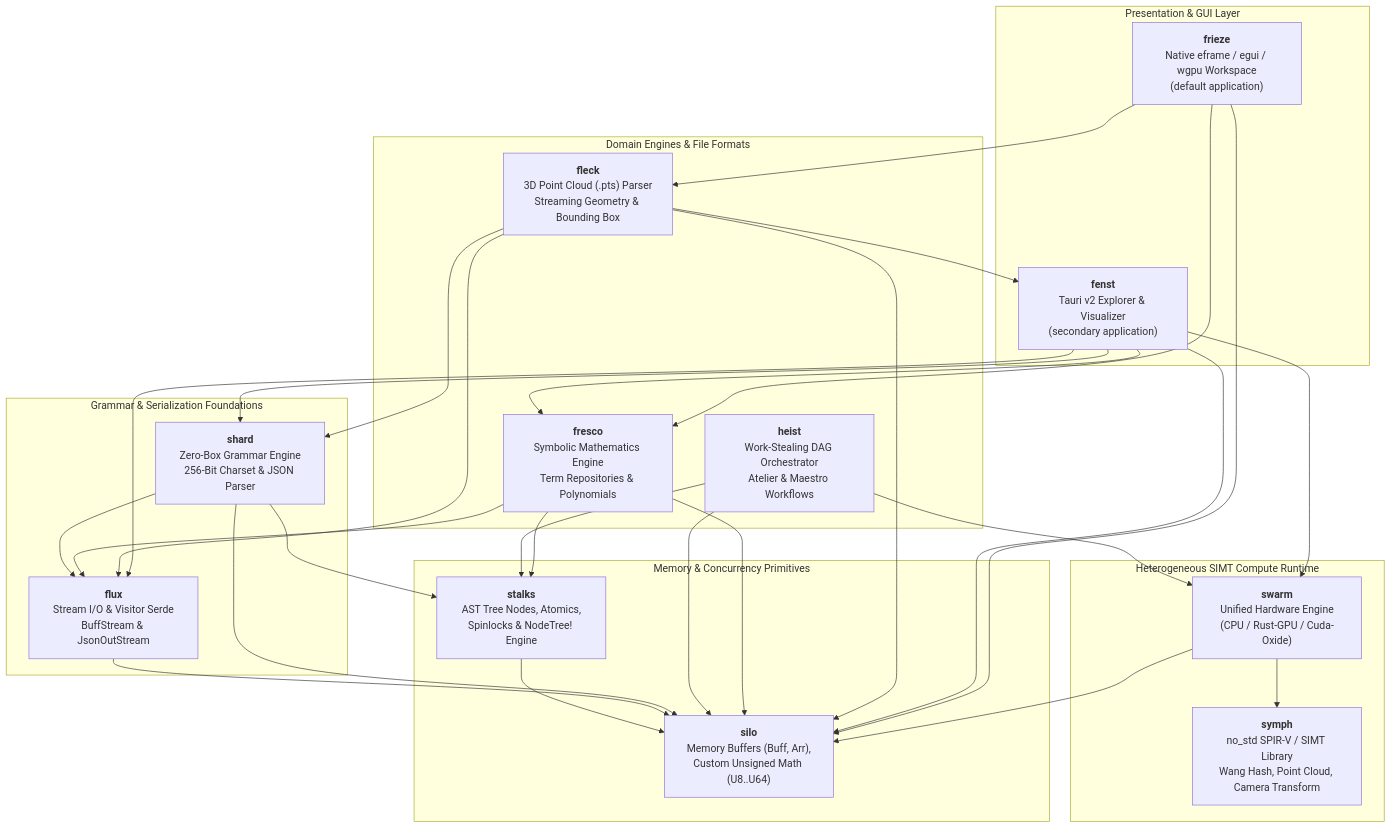
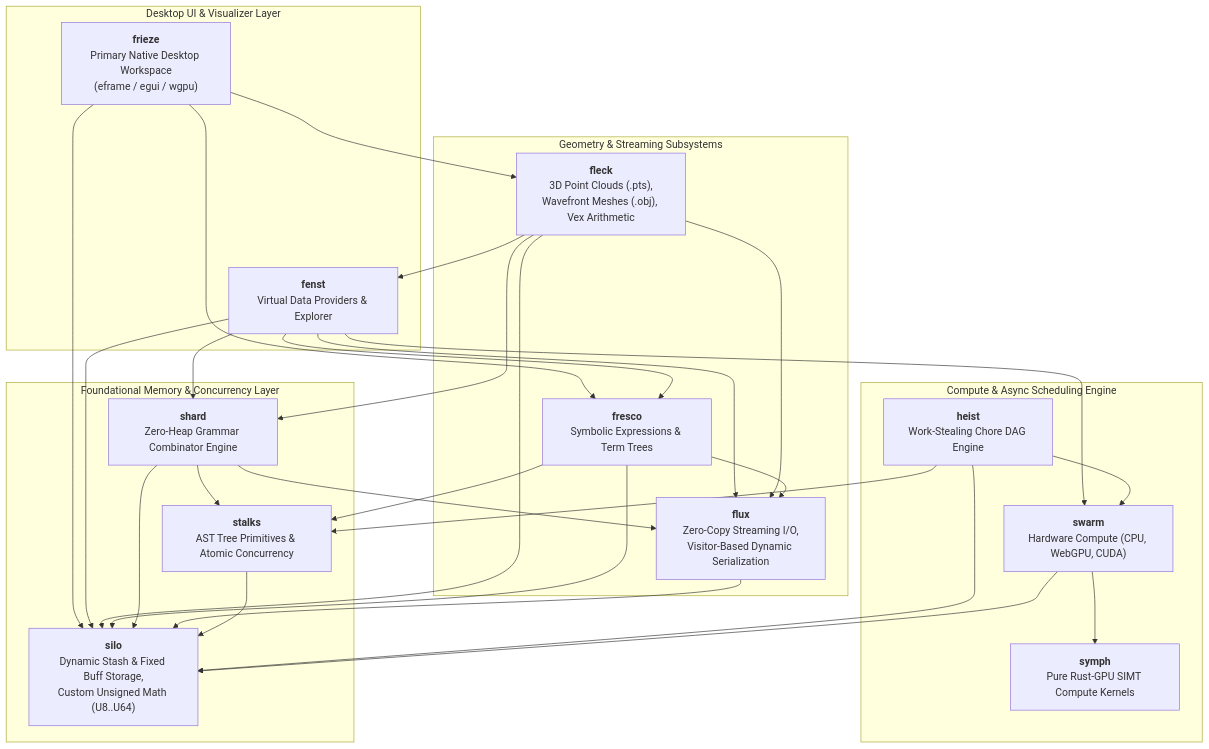
Before and after one commit to jswarup/Kosh: the diagram in README.md, drawn with Mermaid. The commit also changed other lines of this file and 39 other files, not shown here.

````diff
--- a/README.md
+++ b/README.md
@@ -14,60 +31,57 @@
 ```mermaid
 graph TD
-    subgraph AppLayer ["Presentation & GUI Layer"]
-        Frieze["<b>frieze</b><br/>Native eframe / egui / wgpu Workspace<br/>(default application)"]
-        Fenst["<b>fenst</b><br/>Tauri v2 Explorer & Visualizer<br/>(secondary application)"]
+    subgraph UI ["Desktop UI & Visualizer Layer"]
+        Frieze["<b>frieze</b><br/>Primary Native Desktop Workspace<br/>(eframe / egui / wgpu)"]
+        Fenst["<b>fenst</b><br/>Virtual Data Providers & Explorer"]
     end
 
-    subgraph DomainLayer ["Domain Engines & File Formats"]
-        Fleck["<b>fleck</b><br/>3D Point Cloud (.pts) Parser<br/>Streaming Geometry & Bounding Box"]
-        Fresco["<b>fresco</b><br/>Symbolic Mathematics Engine<br/>Term Repositories & Polynomials"]
-        Heist["<b>heist</b><br/>Work-Stealing DAG Orchestrator<br/>Atelier & Maestro Workflows"]
+    subgraph Geometry ["Geometry & Streaming Subsystems"]
+        Fleck["<b>fleck</b><br/>3D Point Clouds (.pts),<br/>Wavefront Meshes (.obj), Vex Arithmetic"]
+        Flux["<b>flux</b><br/>Zero-Copy Streaming I/O,<br/>Visitor-Based Dynamic Serialization"]
+        Fresco["<b>fresco</b><br/>Symbolic Expressions & Term Trees"]
     end
 
-    subgraph ComputeLayer ["Heterogeneous SIMT Compute Runtime"]
-        Swarm["<b>swarm</b><br/>Unified Hardware Engine<br/>(CPU / Rust-GPU / Cuda-Oxide)"]
-        Symph["<b>symph</b><br/>no_std SPIR-V / SIMT Library<br/>Wang Hash, Point Cloud, Camera Transform"]
+    subgraph Compute ["Compute & Async Scheduling Engine"]
+        Heist["<b>heist</b><br/>Work-Stealing Chore DAG Engine"]
+        Swarm["<b>swarm</b><br/>Hardware Compute (CPU, WebGPU, CUDA)"]
+        Symph["<b>symph</b><br/>Pure Rust-GPU SIMT Compute Kernels"]
     end
 
-    subgraph CoreLayer ["Grammar & Serialization Foundations"]
-        Shard["<b>shard</b><br/>Zero-Box Grammar Engine<br/>256-Bit Charset & JSON Parser"]
-        Flux["<b>flux</b><br/>Stream I/O & Visitor Serde<br/>BuffStream & JsonOutStream"]
-    end
-
-    subgraph BaseLayer ["Memory & Concurrency Primitives"]
-        Stalks["<b>stalks</b><br/>AST Tree Nodes, Atomics,<br/>Spinlocks & NodeTree! Engine"]
-        Silo["<b>silo</b><br/>Memory Buffers (Buff, Arr),<br/>Custom Unsigned Math (U8..U64)"]
+    subgraph Foundation ["Foundational Memory & Concurrency Layer"]
+        Shard["<b>shard</b><br/>Zero-Heap Grammar Combinator Engine"]
+        Stalks["<b>stalks</b><br/>AST Tree Primitives & Atomic Concurrency"]
+        Silo["<b>silo</b><br/>Dynamic Stash & Fixed Buff Storage,<br/>Custom Unsigned Math (U8..U64)"]
     end
 
     Frieze --> Fleck
     Frieze --> Fresco
     Frieze --> Silo
     Fenst --> Silo
     Fenst --> Flux
     Fenst --> Swarm
     Fenst --> Fresco
     Fenst --> Shard
 
     Fleck --> Shard
     Fleck --> Silo
     Fleck --> Flux
     Fleck --> Fenst
 
     Fresco --> Silo
     Fresco --> Flux
     Fresco --> Stalks
 
     Heist --> Silo
     Heist --> Stalks
     Heist --> Swarm
 
     Swarm --> Silo
     Swarm --> Symph
 
     Shard --> Silo
     Shard --> Stalks
     Shard --> Flux
 
     Flux --> Silo
     Stalks --> Silo
 ```
````
